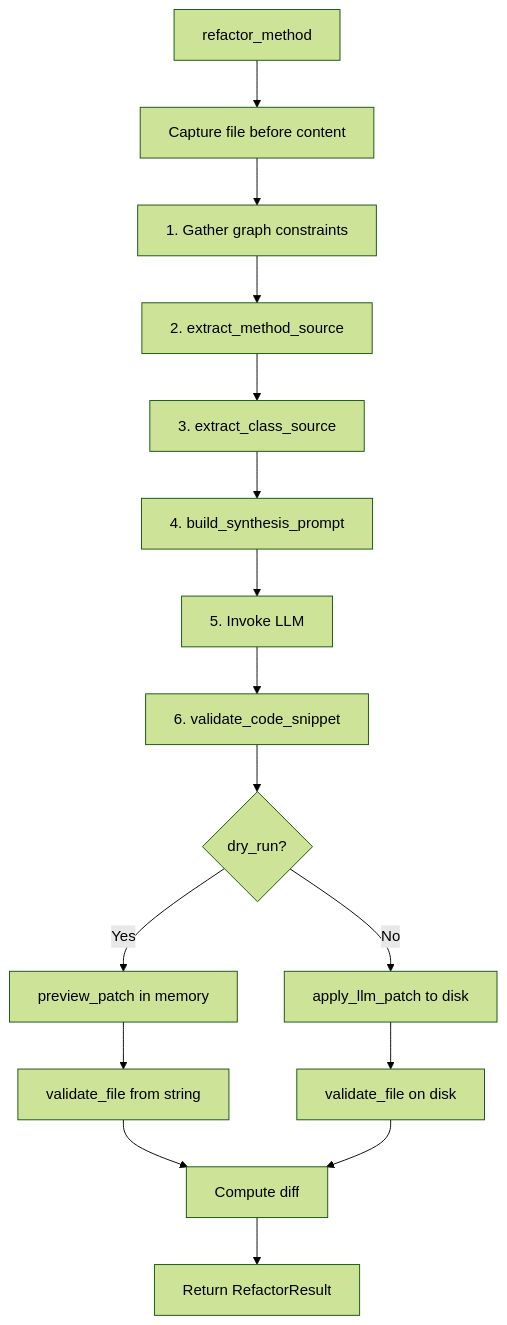
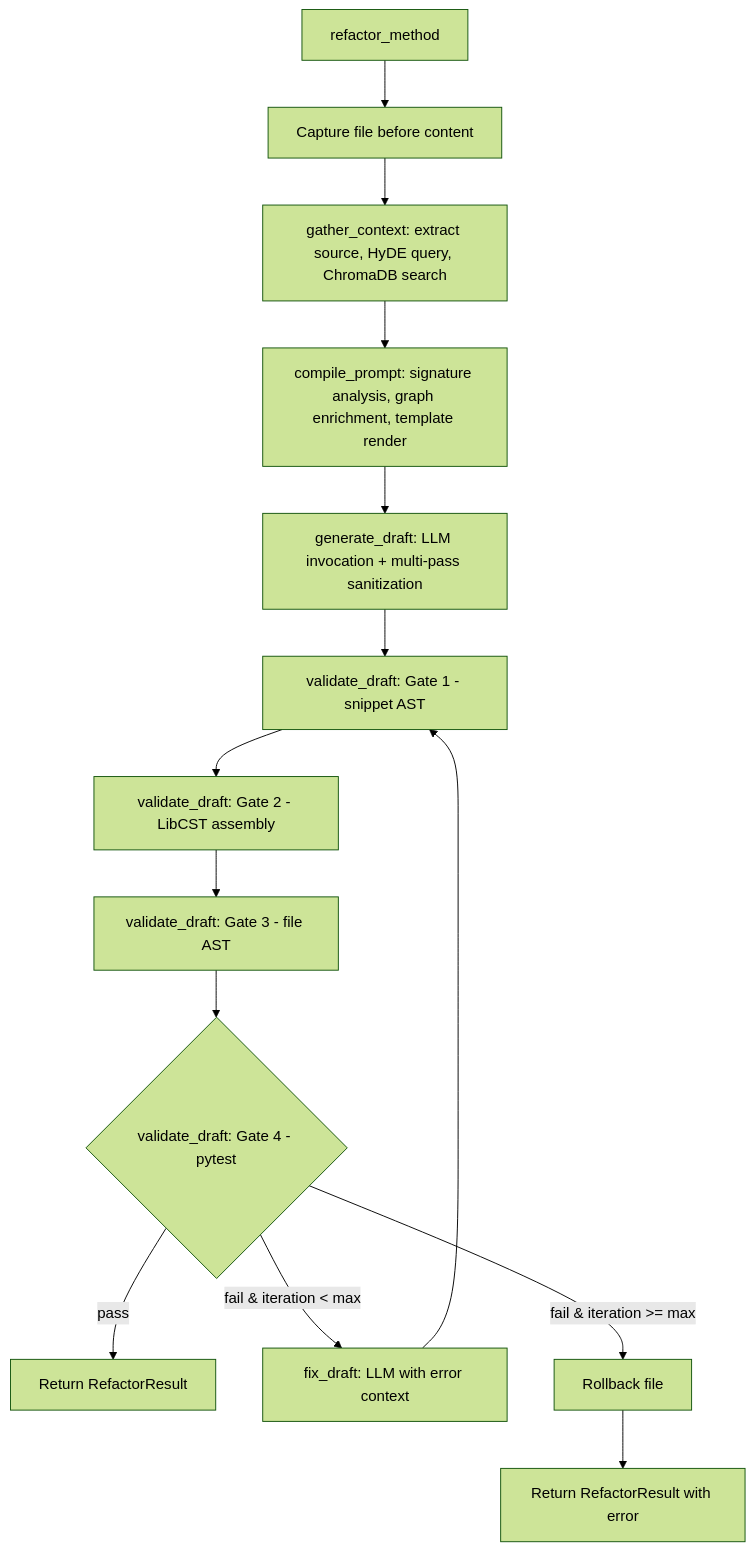
The second of 6 diagrams in docs/ARCHITECTURE.md (solvire/orka), drawn with Mermaid (forest theme) before and after one commit. The commit also changed other lines of this file and 2 other files, not shown here.

````diff
--- a/docs/ARCHITECTURE.md
+++ b/docs/ARCHITECTURE.md
@@ -72,18 +151,16 @@
 ```mermaid
 flowchart TD
     A[refactor_method] --> B[Capture file before content]
-    B --> C[1. Gather graph constraints]
-    C --> D[2. extract_method_source]
-    D --> E[3. extract_class_source]
-    E --> F[4. build_synthesis_prompt]
-    F --> G[5. Invoke LLM]
-    G --> H[6. validate_code_snippet]
-    H --> I{dry_run?}
-    I -->|Yes| J[preview_patch in memory]
-    J --> K[validate_file from string]
-    K --> L[Compute diff]
-    I -->|No| M[apply_llm_patch to disk]
-    M --> N[validate_file on disk]
-    N --> L
-    L --> O[Return RefactorResult]
+    B --> C[gather_context: extract source, HyDE query, ChromaDB search]
+    C --> D[compile_prompt: signature analysis, graph enrichment, template render]
+    D --> E[generate_draft: LLM invocation + multi-pass sanitization]
+    E --> F[validate_draft: Gate 1 - snippet AST]
+    F --> G[validate_draft: Gate 2 - LibCST assembly]
+    G --> H[validate_draft: Gate 3 - file AST]
+    H --> I{validate_draft: Gate 4 - pytest}
+    I -->|pass| J[Return RefactorResult]
+    I -->|fail & iteration < max| K[fix_draft: LLM with error context]
+    K --> F
+    I -->|fail & iteration >= max| L[Rollback file]
+    L --> M[Return RefactorResult with error]
 ```
````
